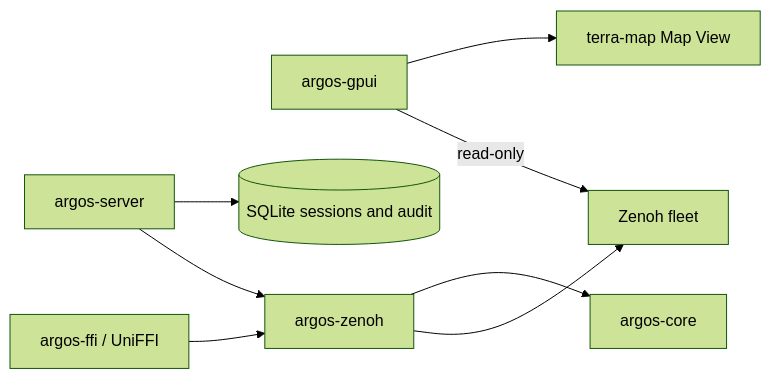
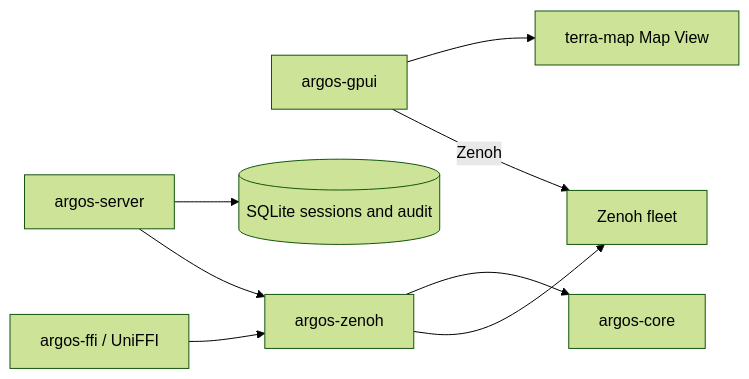
One commit to Super-Yojan/ARGOS changed the diagram in docs/DESIGN.md. Above: the diagram before and after it, drawn with Mermaid (forest theme). The commit also changed other lines of this file and 24 other files, not shown here.

````diff
--- a/docs/DESIGN.md
+++ b/docs/DESIGN.md
@@ -5,10 +5,10 @@
 ```mermaid
 flowchart LR
   gpui[argos-gpui] --> map[terra-map Map View]
-  gpui -->|read-only| bus[Zenoh fleet]
+  gpui -->|Zenoh| bus[Zenoh fleet]
   service[argos-server] --> store[(SQLite sessions and audit)]
   service --> zenoh[argos-zenoh]
   zenoh --> core[argos-core]
   zenoh --> bus
   ffi[argos-ffi / UniFFI] --> zenoh
 ```
````
